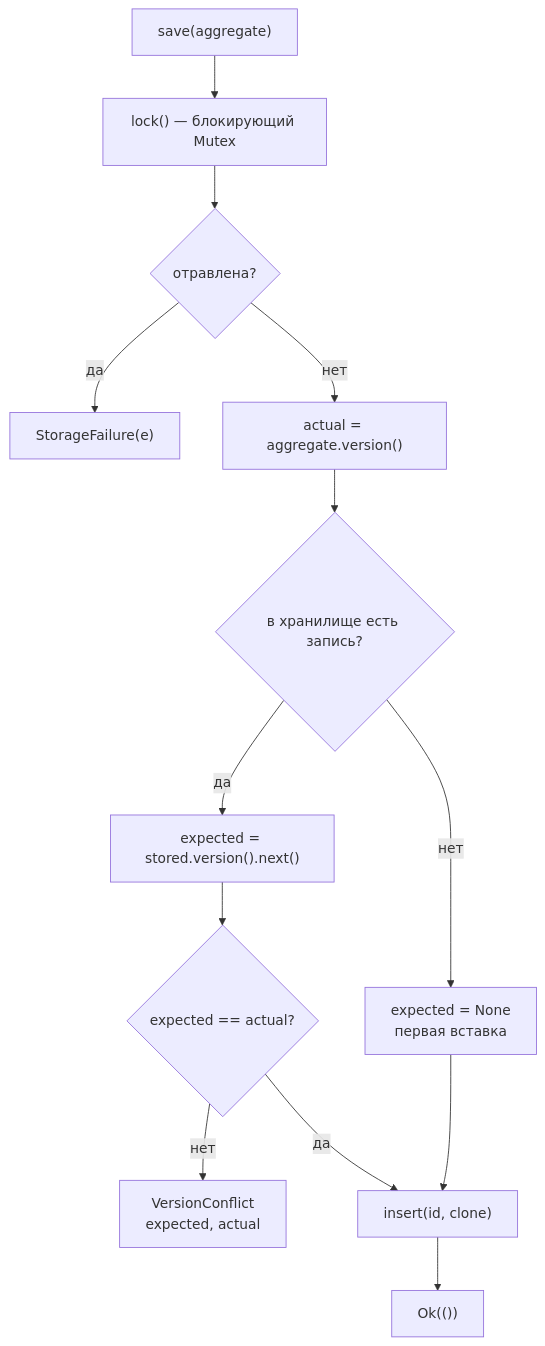
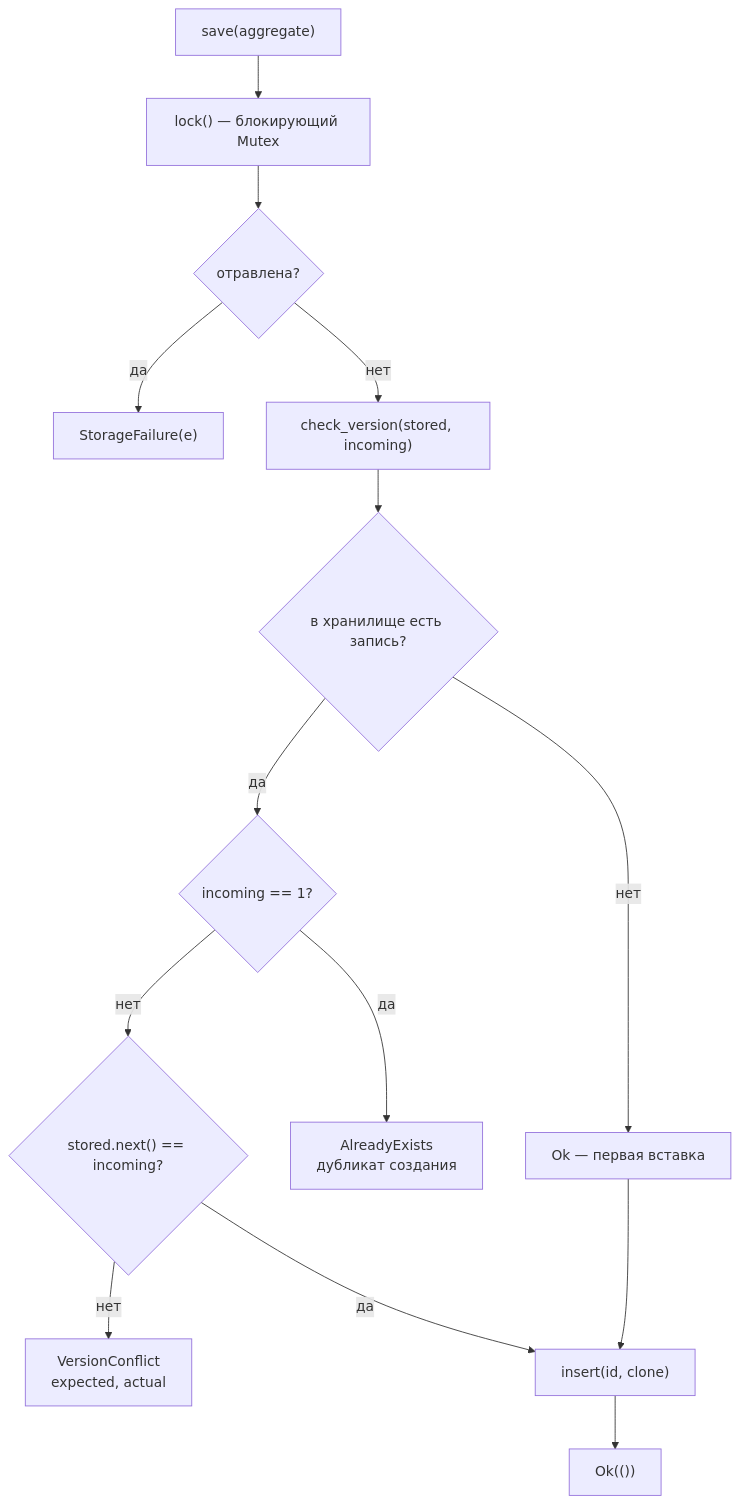
The second of 3 diagrams in docs/architecture/10_repository_architecture.md (DeathRustZzZ/PitGO), drawn with Mermaid before and after one commit. The commit also changed other lines of this file and 12 other files, not shown here.

Commit message:
test(backend): add api error mapping tests and updated diagrams

````diff
--- a/docs/architecture/10_repository_architecture.md
+++ b/docs/architecture/10_repository_architecture.md
@@ -113,23 +117,26 @@
 ```mermaid
 flowchart TD
   A["save(aggregate)"]
   B["lock() — блокирующий Mutex"]
   C{"отравлена?"}
   D["StorageFailure(e)"]
-  E["actual = aggregate.version()"]
-  F["expected = stored.version().next()"]
+  E["check_version(stored, incoming)"]
   G{"в хранилище есть запись?"}
-  H["expected = None<br/>первая вставка"]
-  I{"expected == actual?"}
+  H["Ok — первая вставка"]
+  V{"incoming == 1?"}
+  AE["AlreadyExists<br/>дубликат создания"]
+  I{"stored.next() == incoming?"}
   J["VersionConflict<br/>expected, actual"]
   K["insert(id, clone)"]
   L["Ok(())"]
 
   A --> B --> C
   C -->|"да"| D
   C -->|"нет"| E --> G
   G -->|"нет"| H --> K
-  G -->|"да"| F --> I
+  G -->|"да"| V
+  V -->|"да"| AE
+  V -->|"нет"| I
   I -->|"нет"| J
   I -->|"да"| K --> L
 ```
````
